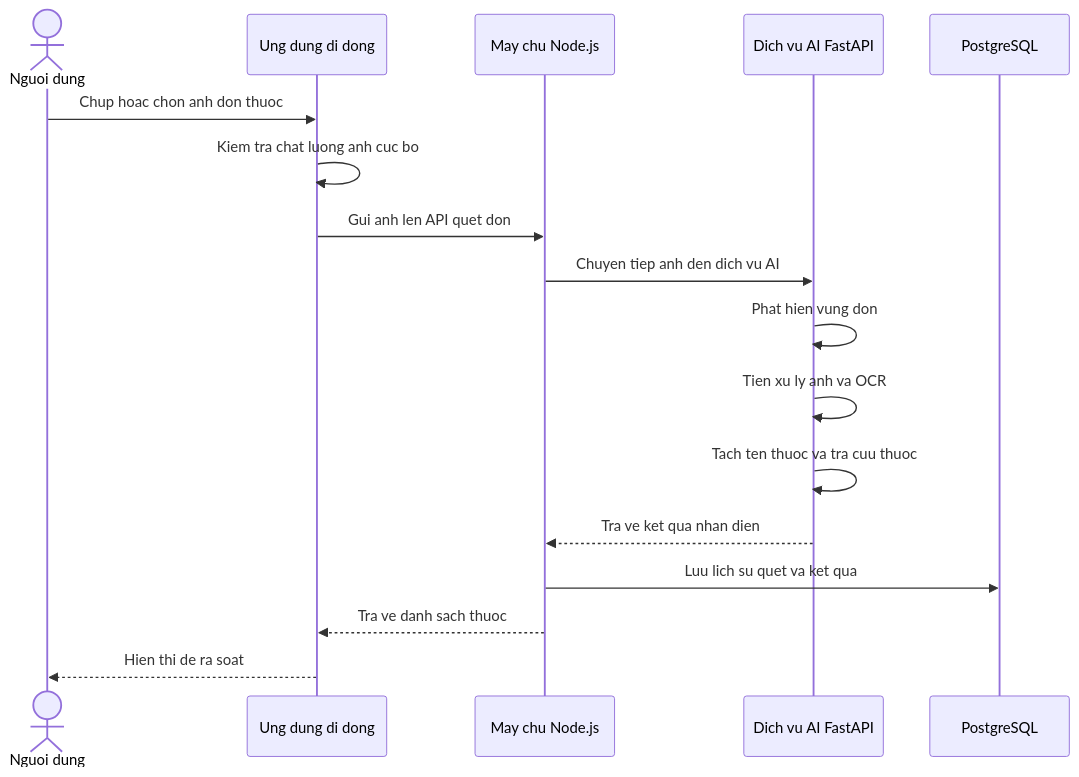
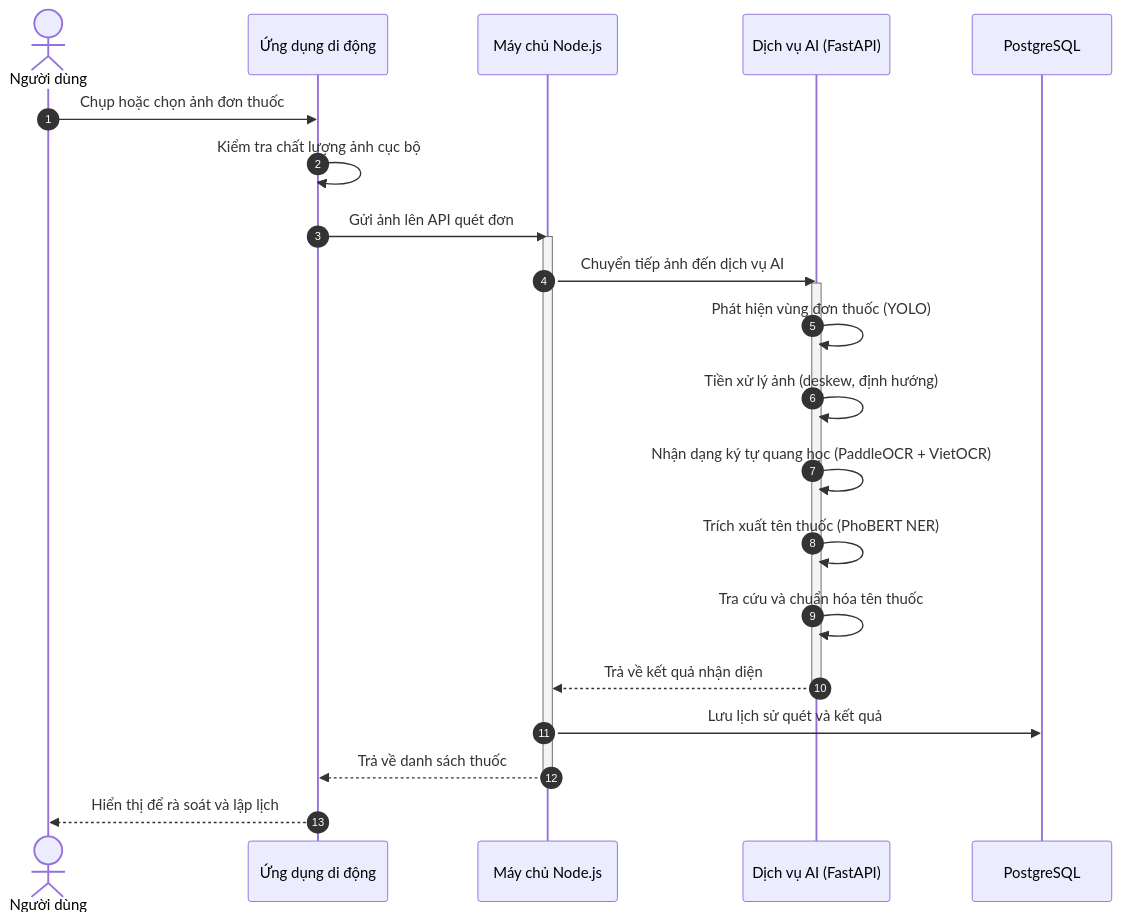
One commit to hongphuoc6104/medicineApp changed the diagram in docs/thesis_report/diagrams/sequence_scan.mmd. Above: the diagram before and after it, drawn with Mermaid. The commit also changed 40 other files, not shown here.

```diff
--- a/docs/thesis_report/diagrams/sequence_scan.mmd
+++ b/docs/thesis_report/diagrams/sequence_scan.mmd
@@ -1,18 +1,25 @@
 sequenceDiagram
-    actor U as Nguoi dung
-    participant M as Ung dung di dong
-    participant N as May chu Node.js
-    participant P as Dich vu AI FastAPI
+    autonumber
+    actor U as Người dùng
+    participant M as Ứng dụng di động
+    participant N as Máy chủ Node.js
+    participant P as Dịch vụ AI (FastAPI)
     participant D as PostgreSQL
 
-    U->>M: Chup hoac chon anh don thuoc
-    M->>M: Kiem tra chat luong anh cuc bo
-    M->>N: Gui anh len API quet don
-    N->>P: Chuyen tiep anh den dich vu AI
-    P->>P: Phat hien vung don
-    P->>P: Tien xu ly anh va OCR
-    P->>P: Tach ten thuoc va tra cuu thuoc
-    P-->>N: Tra ve ket qua nhan dien
-    N->>D: Luu lich su quet va ket qua
-    N-->>M: Tra ve danh sach thuoc
-    M-->>U: Hien thi de ra soat
+    U->>M: Chụp hoặc chọn ảnh đơn thuốc
+    M->>M: Kiểm tra chất lượng ảnh cục bộ
+    M->>N: Gửi ảnh lên API quét đơn
+    activate N
+    N->>P: Chuyển tiếp ảnh đến dịch vụ AI
+    activate P
+    P->>P: Phát hiện vùng đơn thuốc (YOLO)
+    P->>P: Tiền xử lý ảnh (deskew, định hướng)
+    P->>P: Nhận dạng ký tự quang học (PaddleOCR + VietOCR)
+    P->>P: Trích xuất tên thuốc (PhoBERT NER)
+    P->>P: Tra cứu và chuẩn hóa tên thuốc
+    P-->>N: Trả về kết quả nhận diện
+    deactivate P
+    N->>D: Lưu lịch sử quét và kết quả
+    N-->>M: Trả về danh sách thuốc
+    deactivate N
+    M-->>U: Hiển thị để rà soát và lập lịch
```
